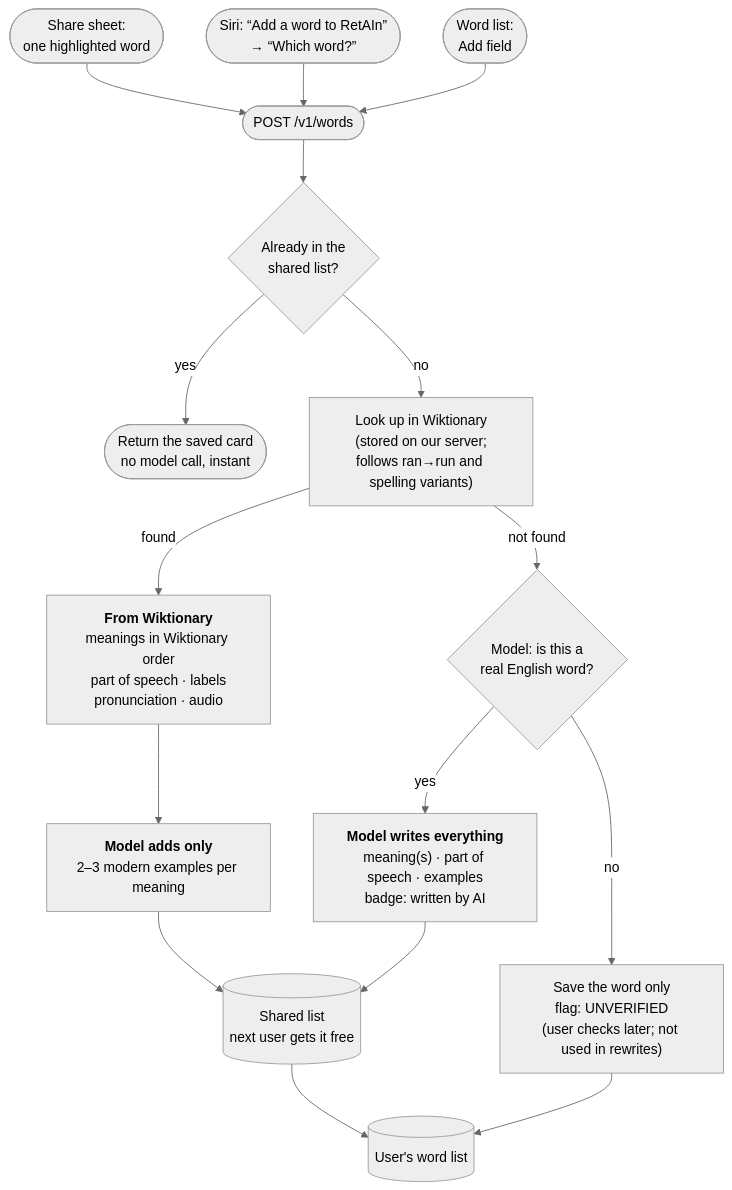
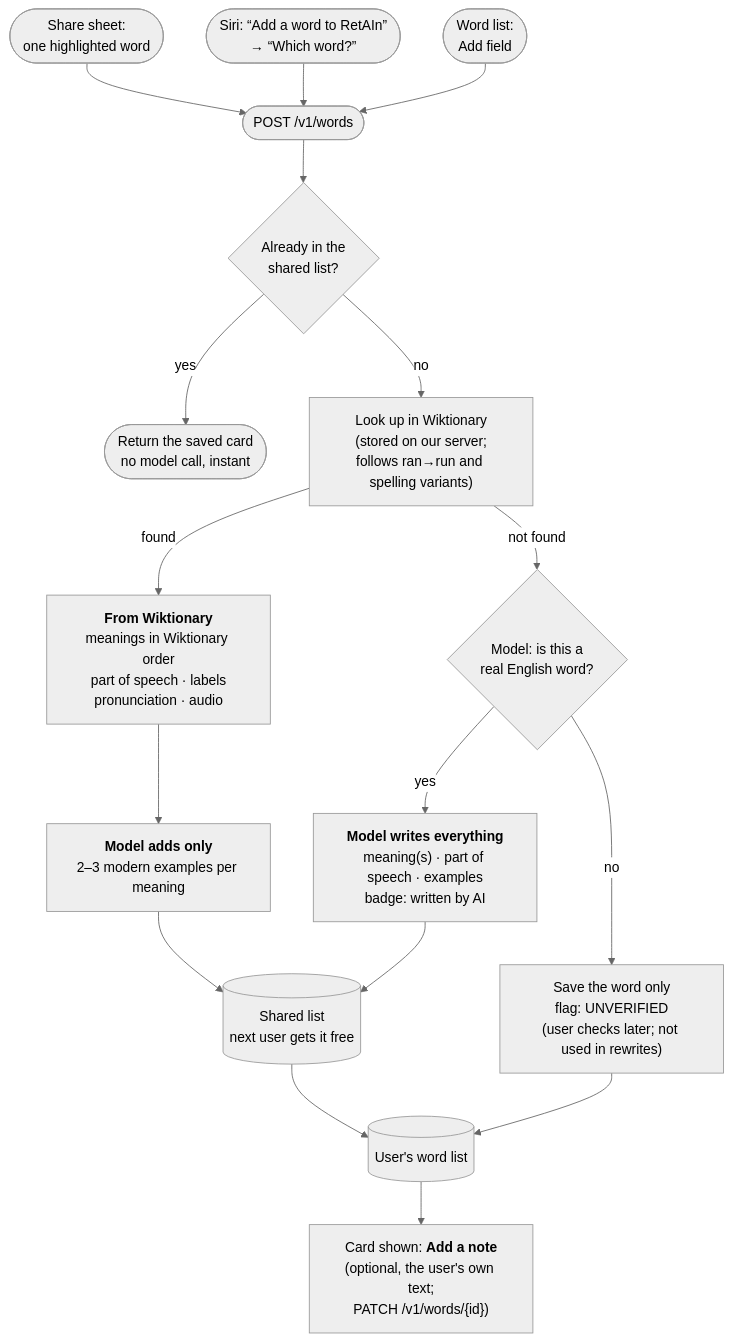
Before and after one commit to nurgazik/RetAIn: the diagram in diagrams/flow-save-a-word.md, drawn with Mermaid (neutral theme). The commit also changed other lines of this file and 20 other files, not shown here.

First line of the commit message:
D59: the user's own note on a saved word

````diff
--- a/diagrams/flow-save-a-word.md
+++ b/diagrams/flow-save-a-word.md
@@ -6,18 +6,19 @@
 ```mermaid
 flowchart TD
     SH([Share sheet:<br/>one highlighted word]) --> A
     SI(["Siri: “Add a word to RetAIn”<br/>→ “Which word?”"]) --> A
     WL([Word list:<br/>Add field]) --> A
     A([POST /v1/words]) --> B{Already in the<br/>shared list?}
     B -- yes --> Z([Return the saved card<br/>no model call, instant])
     B -- no --> C["Look up in Wiktionary<br/>(stored on our server;<br/>follows ran→run and spelling variants)"]
     C -- found --> D["<b>From Wiktionary</b><br/>meanings in Wiktionary order<br/>part of speech · labels<br/>pronunciation · audio"]
     D --> E["<b>Model adds only</b><br/>2–3 modern examples per meaning"]
     C -- not found --> F{"Model: is this a<br/>real English word?"}
     F -- yes --> G["<b>Model writes everything</b><br/>meaning(s) · part of speech · examples<br/>badge: written by AI"]
     F -- no --> H["Save the word only<br/>flag: UNVERIFIED<br/>(user checks later; not used in rewrites)"]
     E --> S[("Shared list<br/>next user gets it free")]
     G --> S
     S --> U[("User's word list")]
     H --> U
+    U --> N["Card shown: <b>Add a note</b><br/>(optional, the user's own text;<br/>PATCH /v1/words/{id})"]
 ```
````
